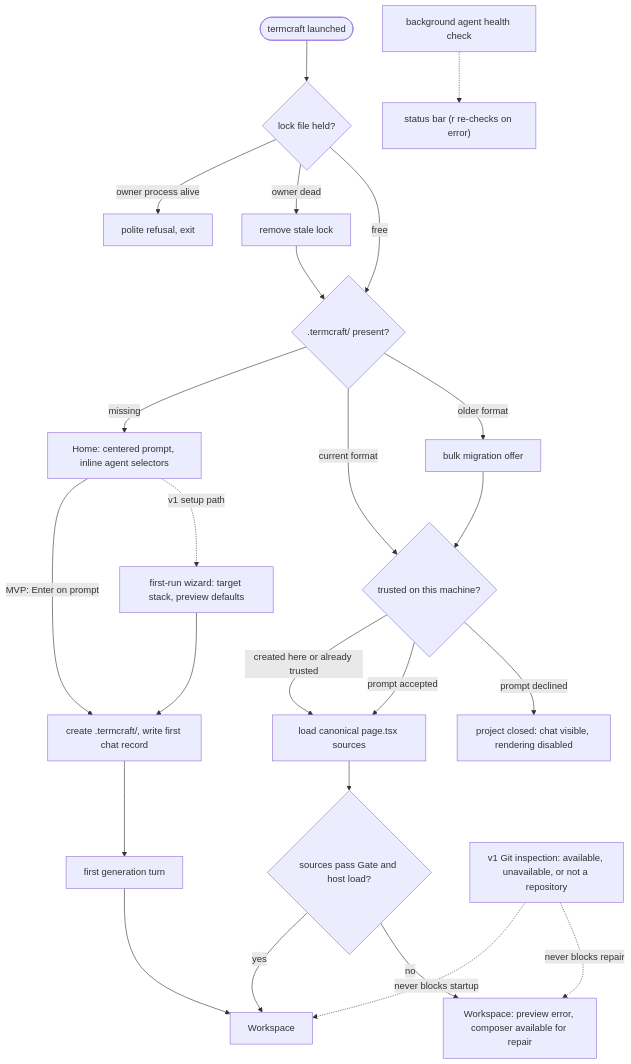
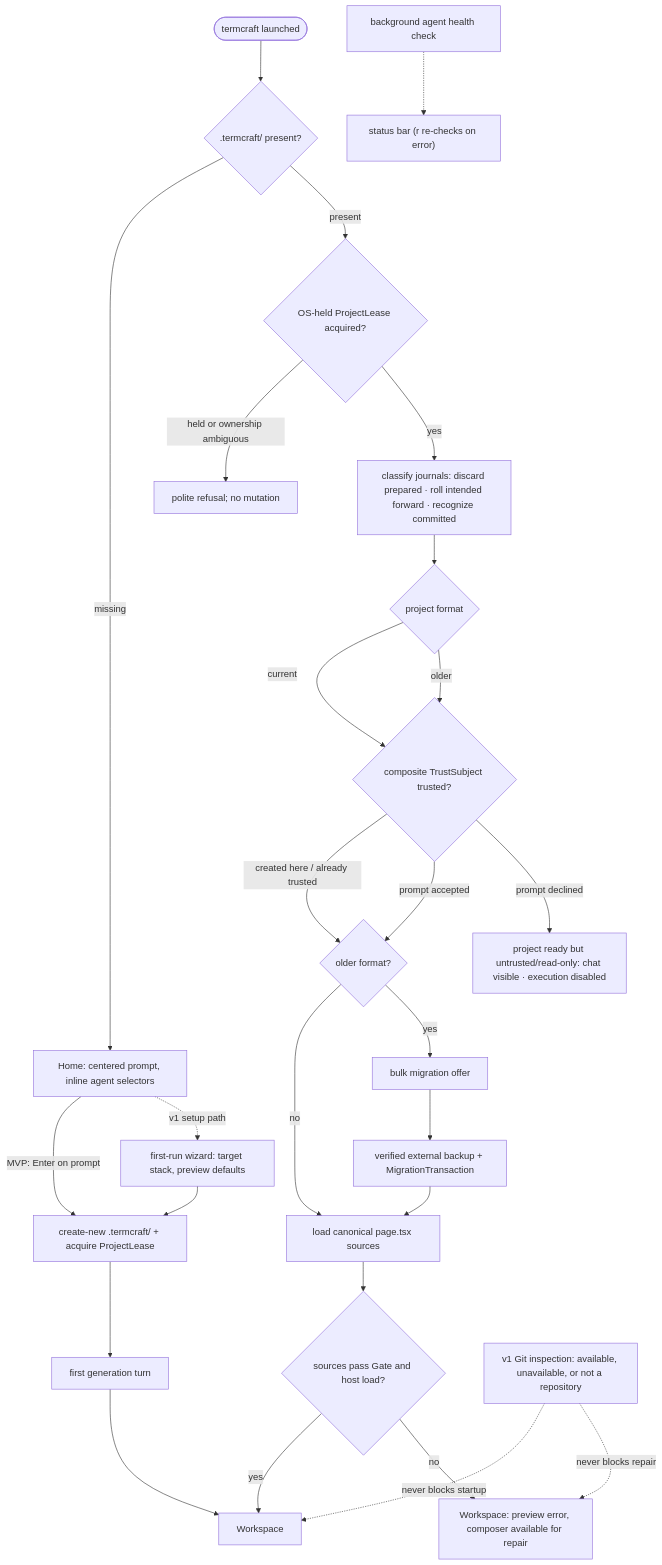
Before and after one commit to khmilevoi/termcraft: the diagram in docs/architecture/flows/launch.md, drawn with Mermaid. The commit also changed other lines of this file and 22 other files, not shown here.

````diff
--- a/docs/architecture/flows/launch.md
+++ b/docs/architecture/flows/launch.md
@@ -3,23 +3,25 @@
 ```mermaid
 flowchart TD
-    start(["termcraft launched"]) --> lockq{"lock file held?"}
-    lockq -- "owner process alive" --> refuse["polite refusal, exit"]
-    lockq -- "owner dead" --> stale["remove stale lock"] --> findq
-    lockq -- "free" --> findq{".termcraft/ present?"}
+    start(["termcraft launched"]) --> findq{".termcraft/ present?"}
     findq -- "missing" --> home["Home: centered prompt, inline agent selectors"]
-    findq -- "current format" --> trustq{"trusted on this machine?"}
-    findq -- "older format" --> offer["bulk migration offer"] --> trustq
-    trustq -- "created here or already trusted" --> load["load canonical page.tsx sources"]
-    trustq -- "prompt accepted" --> load
-    trustq -- "prompt declined" --> closed["project closed: chat visible, rendering disabled"]
+    findq -- "present" --> lockq{"OS-held ProjectLease acquired?"}
+    lockq -- "held or ownership ambiguous" --> refuse["polite refusal; no mutation"]
+    lockq -- "yes" --> recover["classify journals: discard prepared · roll intended forward · recognize committed"] --> formatq{"project format"}
+    formatq -- "current" --> trustq{"composite TrustSubject trusted?"}
+    formatq -- "older" --> trustq
+    trustq -- "created here / already trusted" --> posttrust{"older format?"}
+    trustq -- "prompt accepted" --> posttrust
+    trustq -- "prompt declined" --> untrusted["project ready but untrusted/read-only: chat visible · execution disabled"]
+    posttrust -- "no" --> load["load canonical page.tsx sources"]
+    posttrust -- "yes" --> offer["bulk migration offer"] --> migrate["verified external backup + MigrationTransaction"] --> load
     load --> sourceq{"sources pass Gate and host load?"}
     sourceq -- "yes" --> ws["Workspace"]
     sourceq -- "no" --> broken["Workspace: preview error, composer available for repair"]
-    home -- "MVP: Enter on prompt" --> create["create .termcraft/, write first chat record"]
+    home -- "MVP: Enter on prompt" --> create["create-new .termcraft/ + acquire ProjectLease"]
     home -. "v1 setup path" .-> wizard["first-run wizard: target stack, preview defaults"]
     wizard --> create
     create --> firstgen["first generation turn"] --> ws
     gitstate["v1 Git inspection: available, unavailable, or not a repository"] -. "never blocks startup" .-> ws
     gitstate -. "never blocks repair" .-> broken
     health["background agent health check"] -.-> bar["status bar (r re-checks on error)"]
 ```
````
